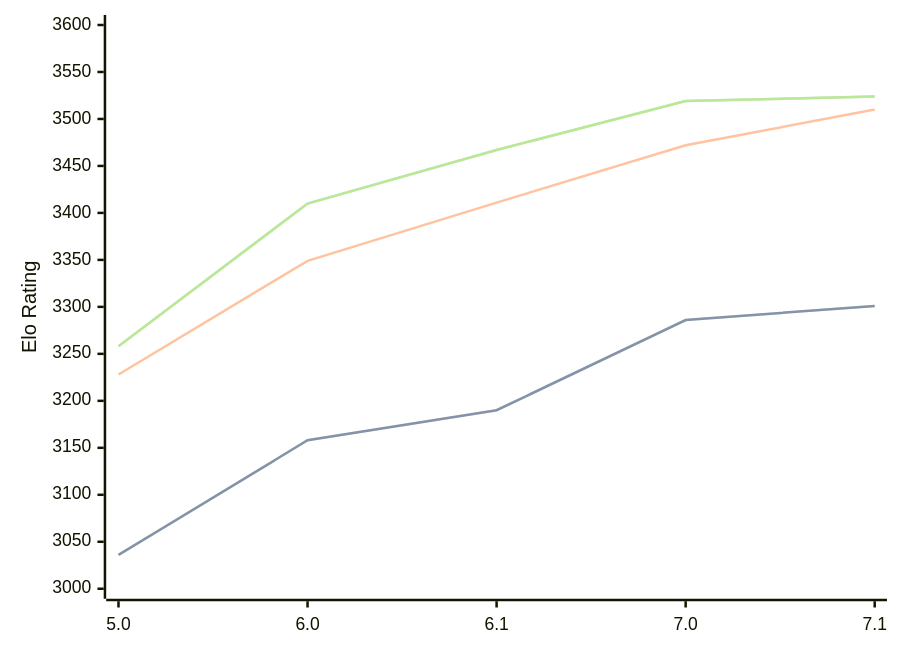
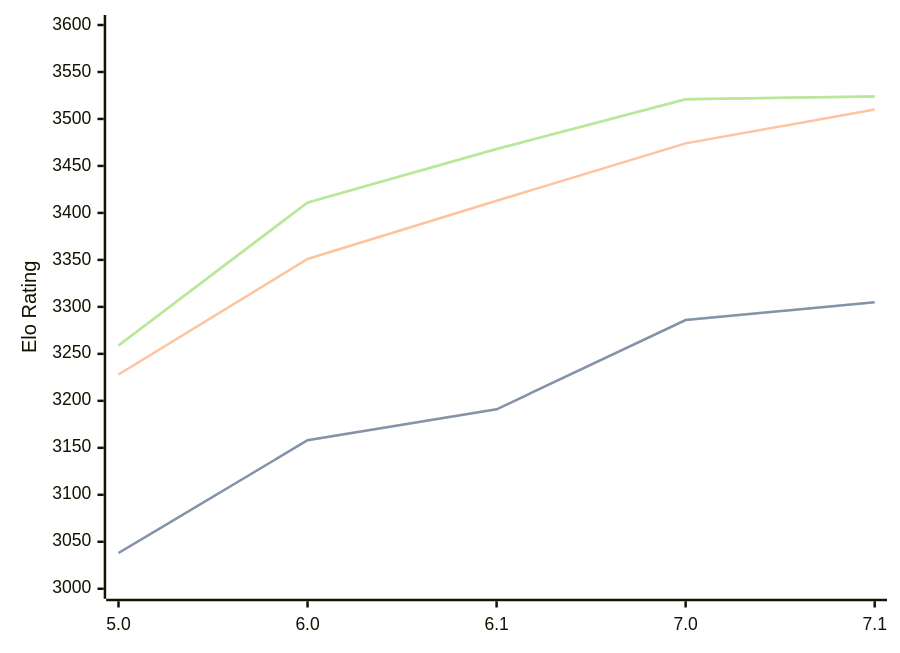
Before and after one commit to computer-chess-index/cci: the diagram in engines/PZChessBot.md, drawn with Mermaid. The commit also changed other lines of this file, not shown here.

Commit message:
Update CCI Ratings (ELO VLTC) - 2026-07-31

````diff
--- a/engines/PZChessBot.md
+++ b/engines/PZChessBot.md
@@ -44,11 +44,11 @@
 ```mermaid
 %%{init: {"theme":"base","themeVariables":{"seriesColors:['#a3a3a3','#222221','#faa371']}}}%%
 xychart-beta
   x-axis ["5.0", "6.0", "6.1", "7.0", "7.1"]
   y-axis "Elo Rating" 3000 --> 3600
-  line "STC (8.0+0.08s)" [3036, 3158, 3190, 3286, 3301]
-  line "STC (8.0+0.08s)" [3036, 3158, 3190, 3286, 3301]
-  line "LTC (60.0+0.60s)" [3228, 3349, 3411, 3472, 3510]
-  line "VLTC (2m24s+1.12s)" [3258, 3410, 3467, 3519, 3524]
-  line "VLTC (2m24s+1.12s)" [3258, 3410, 3467, 3519, 3524]
+  line "STC (8.0+0.08s)" [3038, 3158, 3191, 3286, 3305]
+  line "STC (8.0+0.08s)" [3038, 3158, 3191, 3286, 3305]
+  line "LTC (60.0+0.60s)" [3228, 3351, 3413, 3474, 3510]
+  line "VLTC (2m24s+1.12s)" [3259, 3411, 3468, 3521, 3524]
+  line "VLTC (2m24s+1.12s)" [3259, 3411, 3468, 3521, 3524]
 ```
````
